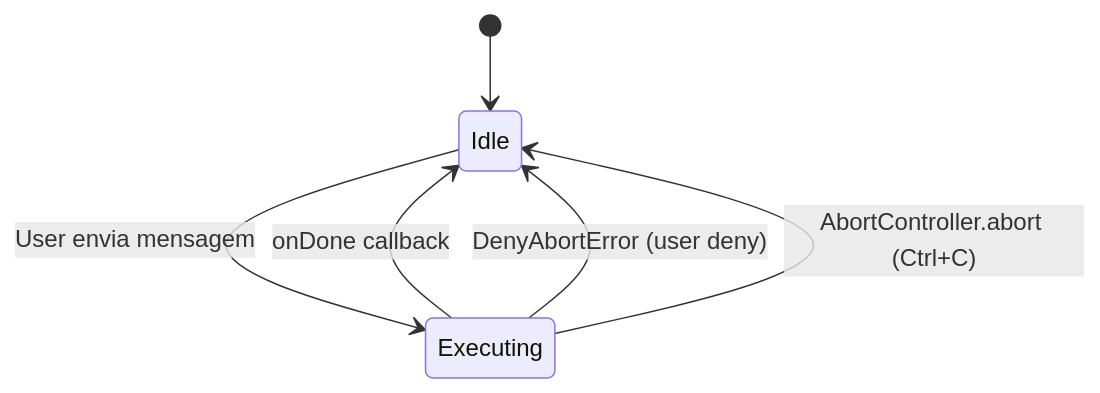
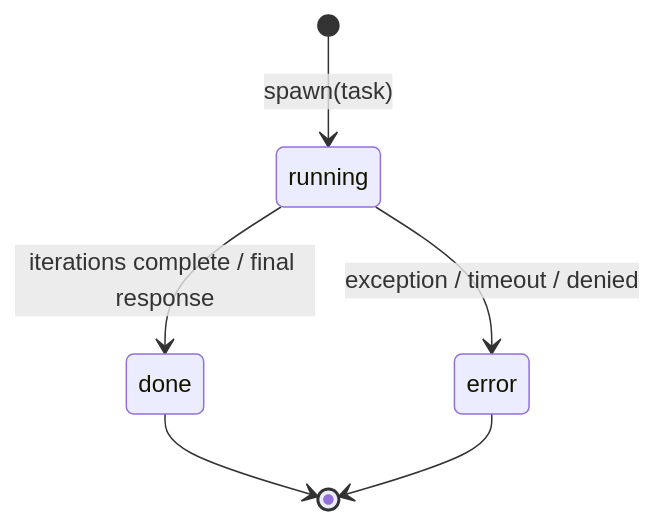
One commit to Hermenics/deepseek-code changed the second of 8 diagrams in _reversa_sdd/state-machines.md. Above: the diagram before and after it, drawn with Mermaid. The commit also changed other lines of this file and 75 other files, not shown here.

First line of the commit message:
docs(sdd): translate ADRs and architecture docs to English, reorganize proxy module

````diff
--- a/_reversa_sdd/state-machines.md
+++ b/_reversa_sdd/state-machines.md
@@ -53,8 +48,10 @@
 ```mermaid
 stateDiagram-v2
-    [*] --> Idle
-    Idle --> Executing : User envia mensagem
-    Executing --> Idle : onDone callback
-    Executing --> Idle : DenyAbortError (user deny)
-    Executing --> Idle : AbortController.abort (Ctrl+C)
+    [*] --> running : spawn(task)
+
+    running --> done : iterations complete / final response
+    running --> error : exception / timeout / denied
+
+    done --> [*]
+    error --> [*]
 ```
````
